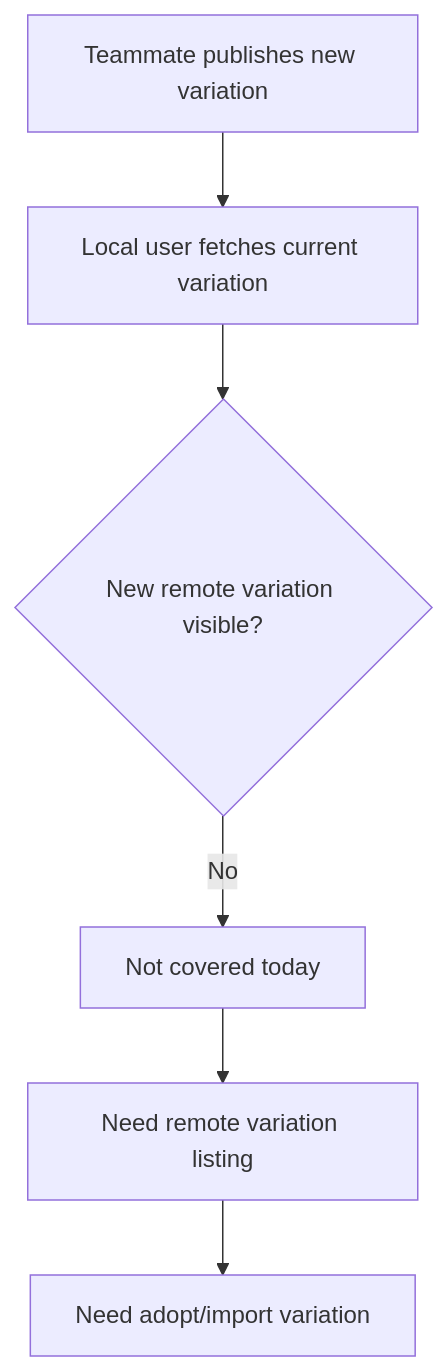
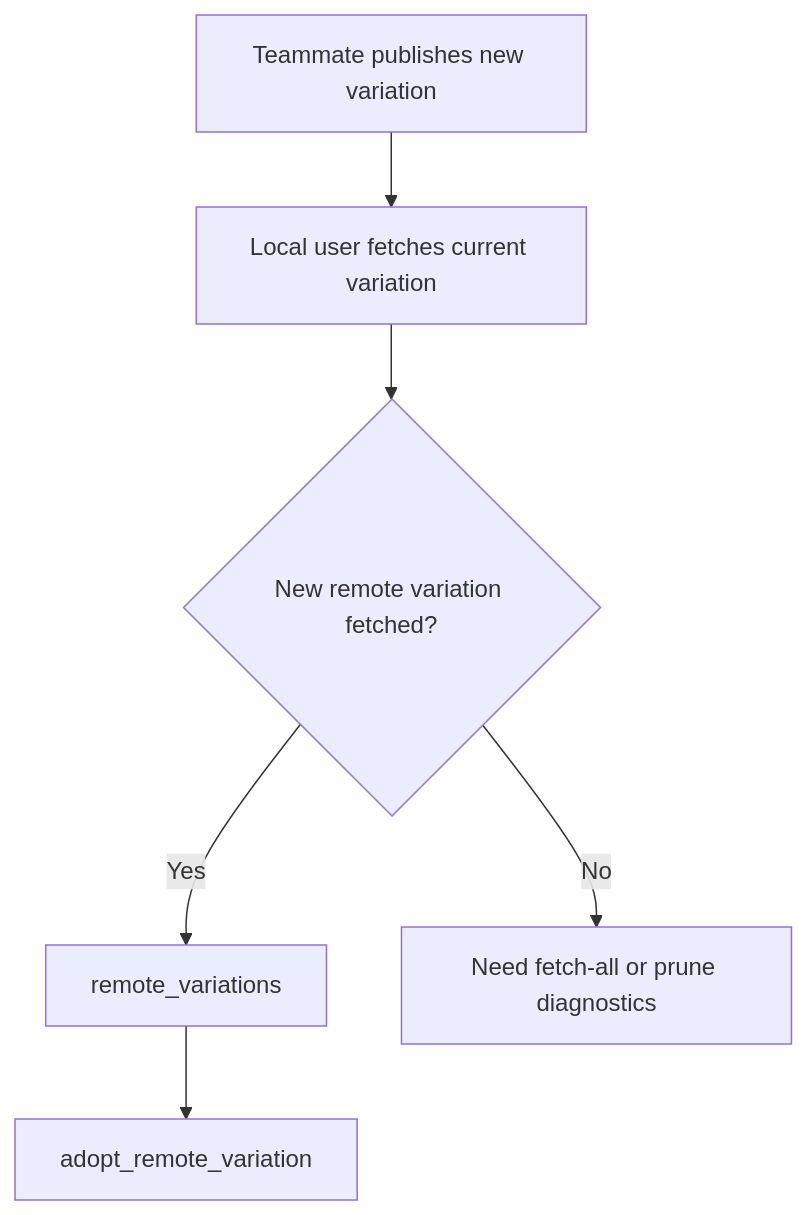
One commit to sethjuarez/draftline changed the third of 6 diagrams in docs/scenario-flows/collaboration.md. Above: the diagram before and after it, drawn with Mermaid. The commit also changed other lines of this file and 8 other files, not shown here.

````diff
--- a/docs/scenario-flows/collaboration.md
+++ b/docs/scenario-flows/collaboration.md
@@ -76,8 +76,8 @@
 ```mermaid
 flowchart TD
     A[Teammate publishes new variation] --> B[Local user fetches current variation]
-    B --> C{New remote variation visible?}
-    C -- No --> D[Not covered today]
-    D --> E[Need remote variation listing]
-    E --> F[Need adopt/import variation]
+    B --> C{New remote variation fetched?}
+    C -- Yes --> D[remote_variations]
+    D --> E[adopt_remote_variation]
+    C -- No --> F[Need fetch-all or prune diagnostics]
 ```
````
